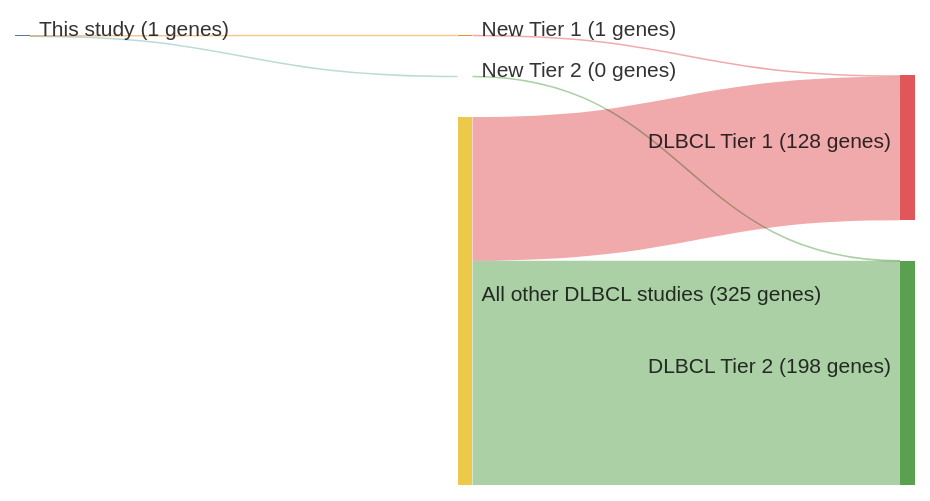
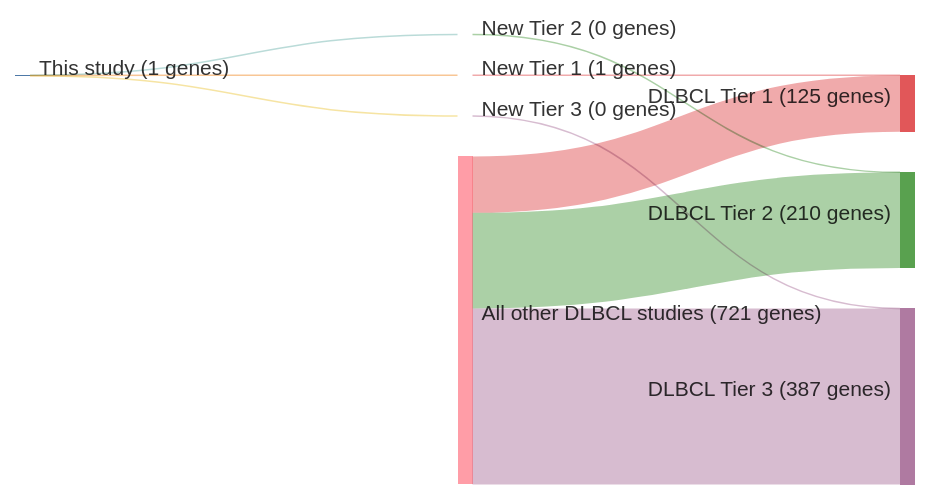
Before and after one commit to morinlab/lymphopedia: the diagram in papers/bohleRoleEarlyBcell2013.md, drawn with Mermaid. The commit also changed other lines of this file and 81 other files, not shown here.

````diff
--- a/papers/bohleRoleEarlyBcell2013.md
+++ b/papers/bohleRoleEarlyBcell2013.md
@@ -12,20 +12,23 @@
 ```mermaid
 ---
 config:
     sankey:
         showValues: true
         linkColor: target
         width: 600
         height: 300
         nodeAlignment: right
         prefix: '('
         suffix: ' genes)'
 ---
 sankey-beta
 This study, New Tier 1, 1
 New Tier 1, DLBCL Tier 1, 1
 This study, New Tier 2, 0
 New Tier 2, DLBCL Tier 2, 0
-All other DLBCL studies, DLBCL Tier 1, 127
-All other DLBCL studies, DLBCL Tier 2, 198
+This study, New Tier 3, 0
+New Tier 3, DLBCL Tier 3, 0
+All other DLBCL studies, DLBCL Tier 1, 124
+All other DLBCL studies, DLBCL Tier 2, 210
+All other DLBCL studies, DLBCL Tier 3, 387
 ```
````
